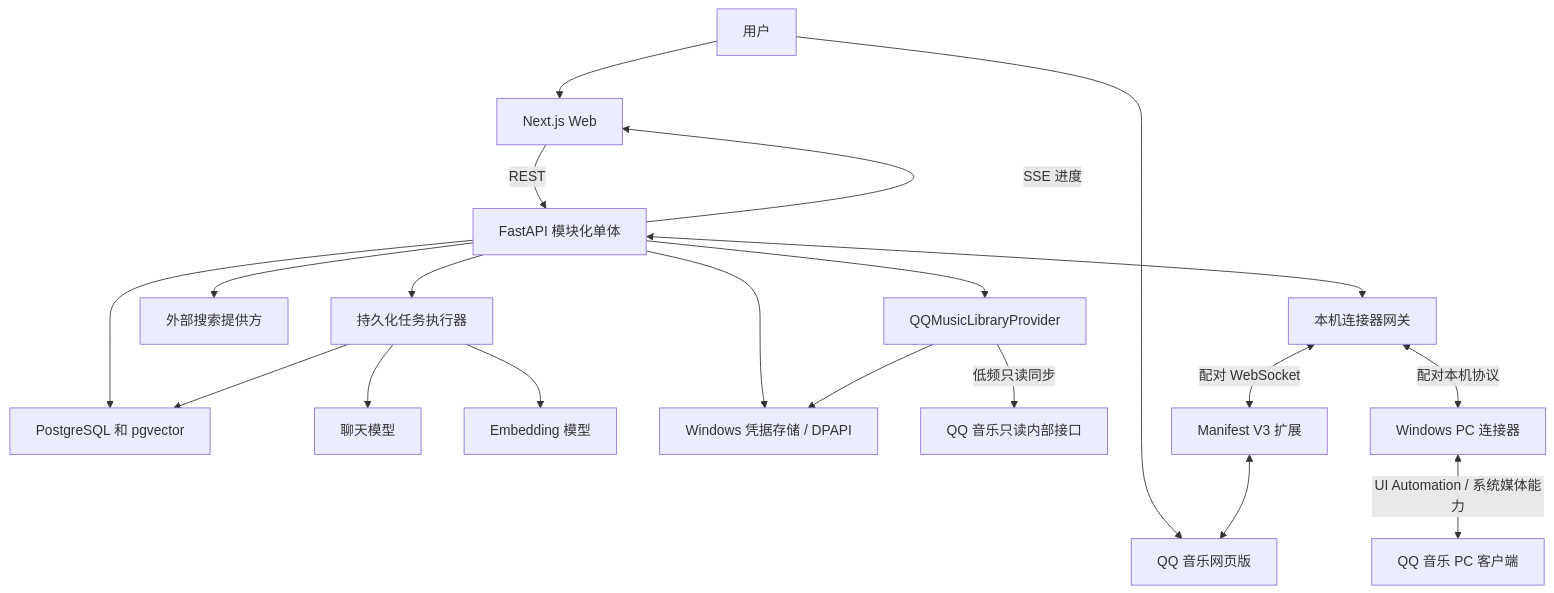
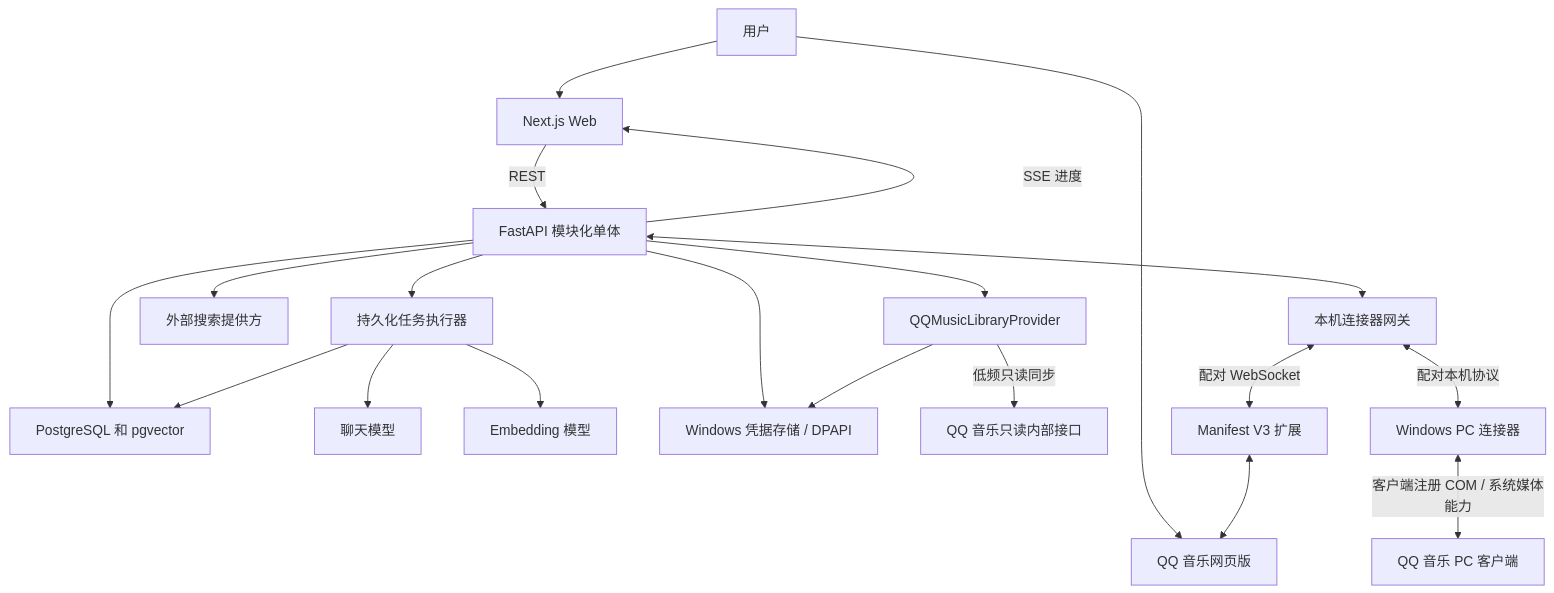
Before and after one commit to Chandler-h-blake/mood-music: the diagram in docs/architecture/SYSTEM_DESIGN.md, drawn with Mermaid. The commit also changed other lines of this file and 18 other files, not shown here.

````diff
--- a/docs/architecture/SYSTEM_DESIGN.md
+++ b/docs/architecture/SYSTEM_DESIGN.md
@@ -11,39 +11,39 @@
 ```mermaid
 flowchart TB
     User["用户"]
     Web["Next.js Web"]
     API["FastAPI 模块化单体"]
     Jobs["持久化任务执行器"]
     DB["PostgreSQL 和 pgvector"]
     LLM["聊天模型"]
     Embed["Embedding 模型"]
     Search["外部搜索提供方"]
     CredentialStore["Windows 凭据存储 / DPAPI"]
     QQLibrary["QQMusicLibraryProvider"]
     QQAPI["QQ 音乐只读内部接口"]
     Bridge["本机连接器网关"]
     Extension["Manifest V3 扩展"]
     QQ["QQ 音乐网页版"]
     PCAgent["Windows PC 连接器"]
     QQPC["QQ 音乐 PC 客户端"]
 
     User --> Web
     User --> QQ
     Web -->|"REST"| API
     API -->|"SSE 进度"| Web
     API --> DB
     API --> Jobs
     Jobs --> DB
     Jobs --> LLM
     Jobs --> Embed
     API --> Search
     API --> CredentialStore
     API --> QQLibrary
     QQLibrary --> CredentialStore
     QQLibrary -->|"低频只读同步"| QQAPI
     API <--> Bridge
     Bridge <-->|"配对 WebSocket"| Extension
     Extension <--> QQ
     Bridge <-->|"配对本机协议"| PCAgent
-    PCAgent <-->|"UI Automation / 系统媒体能力"| QQPC
+    PCAgent <-->|"客户端注册 COM / 系统媒体能力"| QQPC
 ```
````
